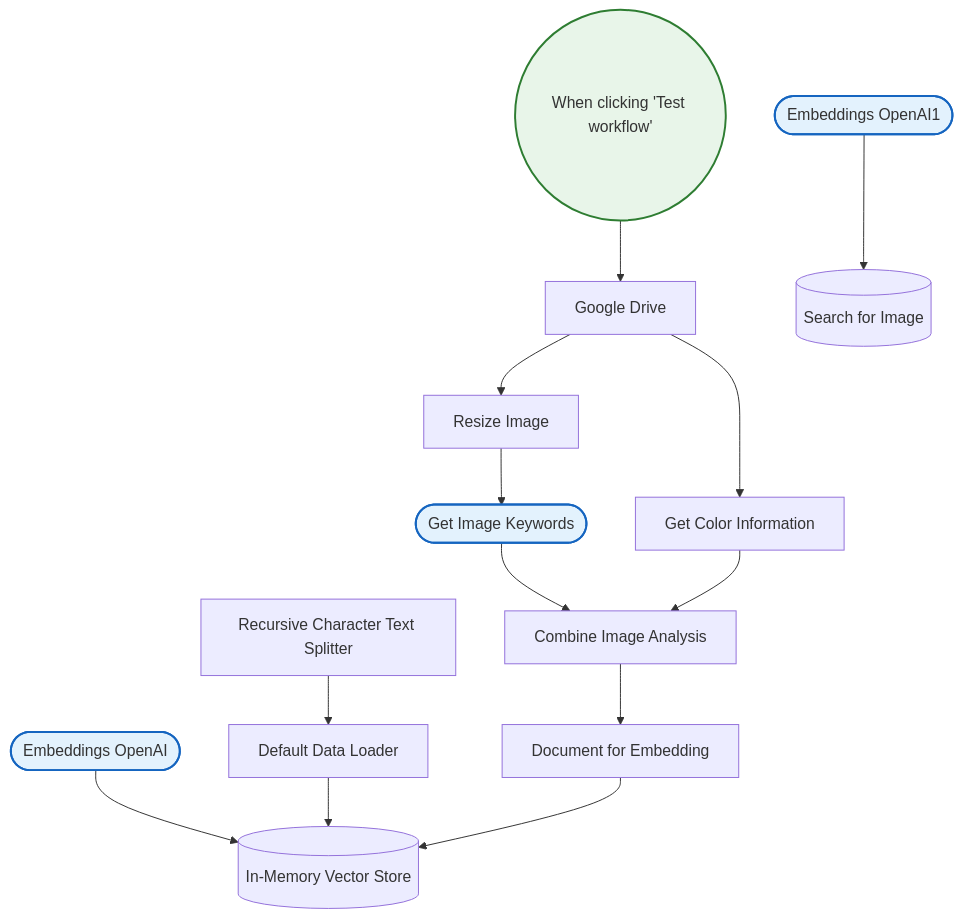
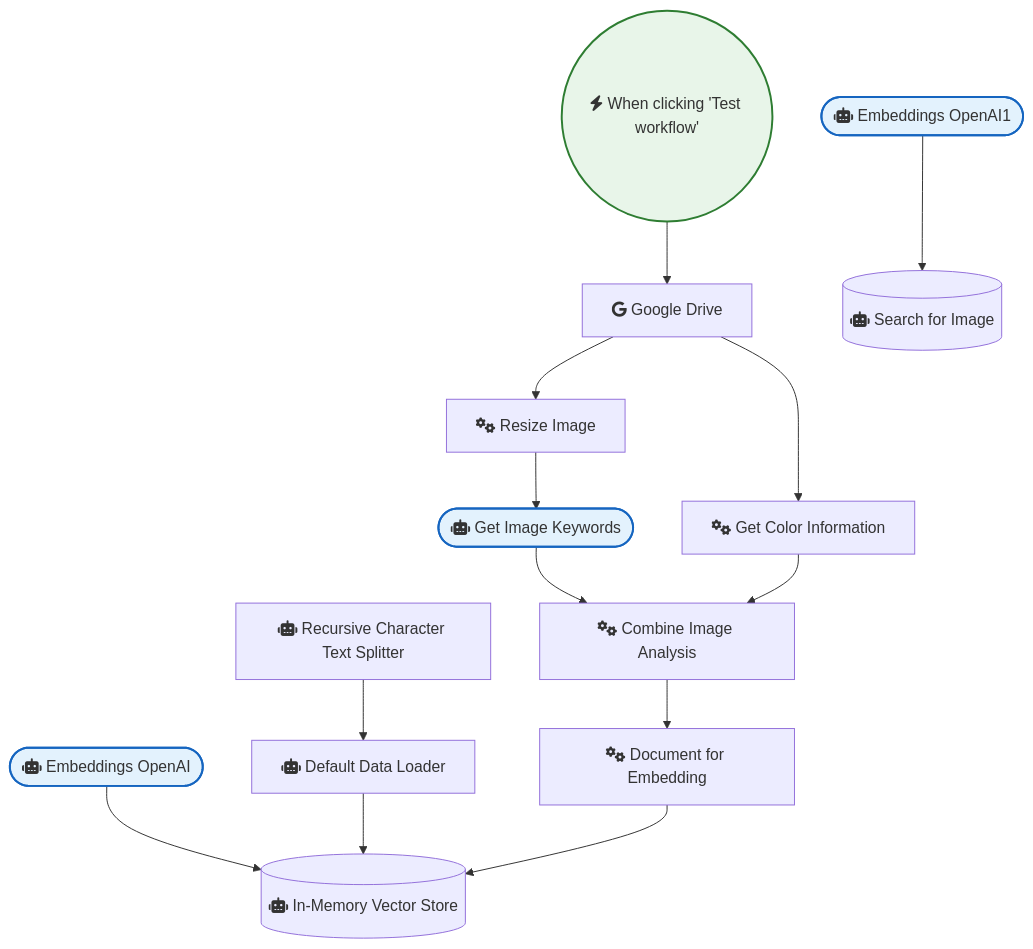
The diagram in OpenAI_and_LLMs/Generating Image Embeddings via Textual Summarisation.md (sreyash3105/N8N-DEMO-AUTOMATIONS), drawn with Mermaid before and after one commit. The commit also changed 291 other files, not shown here.

````diff
--- a/OpenAI_and_LLMs/Generating Image Embeddings via Textual Summarisation.md
+++ b/OpenAI_and_LLMs/Generating Image Embeddings via Textual Summarisation.md
@@ -1,33 +1,33 @@
 ```mermaid
 graph TD
     classDef trigger fill:#e8f5e9,stroke:#2e7d32,stroke-width:2px;
     classDef ai fill:#e3f2fd,stroke:#1565c0,stroke-width:2px;
     classDef logic fill:#fff3e0,stroke:#ef6c00,stroke-width:2px;
 
-    When_clicking__Test_workflow_(("When clicking 'Test workflow'")):::trigger
-    Google_Drive["Google Drive"]
-    Get_Color_Information["Get Color Information"]
-    Resize_Image["Resize Image"]
-    Default_Data_Loader["Default Data Loader"]
-    Recursive_Character_Text_Splitter["Recursive Character Text Splitter"]
-    Combine_Image_Analysis["Combine Image Analysis"]
-    Document_for_Embedding["Document for Embedding"]
-    Embeddings_OpenAI1(["Embeddings OpenAI1"]):::ai
-    Get_Image_Keywords(["Get Image Keywords"]):::ai
-    In_Memory_Vector_Store[("In-Memory Vector Store")]
-    Embeddings_OpenAI(["Embeddings OpenAI"]):::ai
-    Search_for_Image[("Search for Image")]
+    When_clicking__Test_workflow_(("fas:fa-bolt When clicking 'Test workflow'")):::trigger
+    Google_Drive["fab:fa-google Google Drive"]
+    Get_Color_Information["fas:fa-cogs Get Color Information"]
+    Resize_Image["fas:fa-cogs Resize Image"]
+    Default_Data_Loader["fas:fa-robot Default Data Loader"]
+    Recursive_Character_Text_Splitter["fas:fa-robot Recursive Character Text Splitter"]
+    Combine_Image_Analysis["fas:fa-cogs Combine Image Analysis"]
+    Document_for_Embedding["fas:fa-cogs Document for Embedding"]
+    Embeddings_OpenAI1(["fas:fa-robot Embeddings OpenAI1"]):::ai
+    Get_Image_Keywords(["fas:fa-robot Get Image Keywords"]):::ai
+    In_Memory_Vector_Store[("fas:fa-robot In-Memory Vector Store")]
+    Embeddings_OpenAI(["fas:fa-robot Embeddings OpenAI"]):::ai
+    Search_for_Image[("fas:fa-robot Search for Image")]
 
     Google_Drive --> Get_Color_Information
     Google_Drive --> Resize_Image
     Resize_Image --> Get_Image_Keywords
     Embeddings_OpenAI --> In_Memory_Vector_Store
     Embeddings_OpenAI1 --> Search_for_Image
     Get_Image_Keywords --> Combine_Image_Analysis
     Default_Data_Loader --> In_Memory_Vector_Store
     Get_Color_Information --> Combine_Image_Analysis
     Combine_Image_Analysis --> Document_for_Embedding
     Document_for_Embedding --> In_Memory_Vector_Store
     When_clicking__Test_workflow_ --> Google_Drive
     Recursive_Character_Text_Splitter --> Default_Data_Loader
 ```
````
